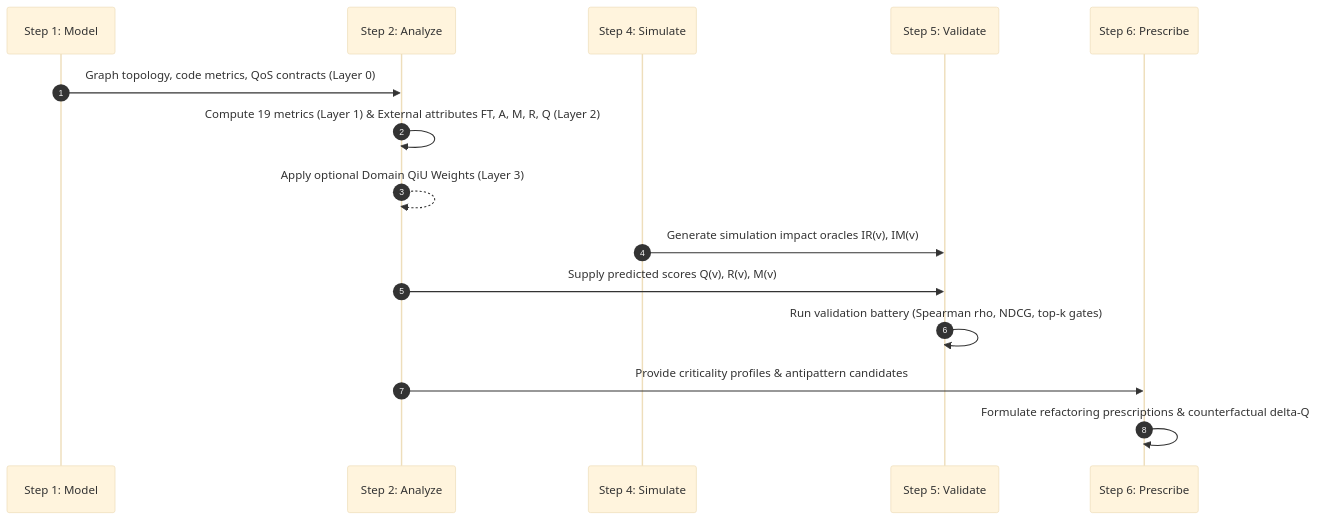
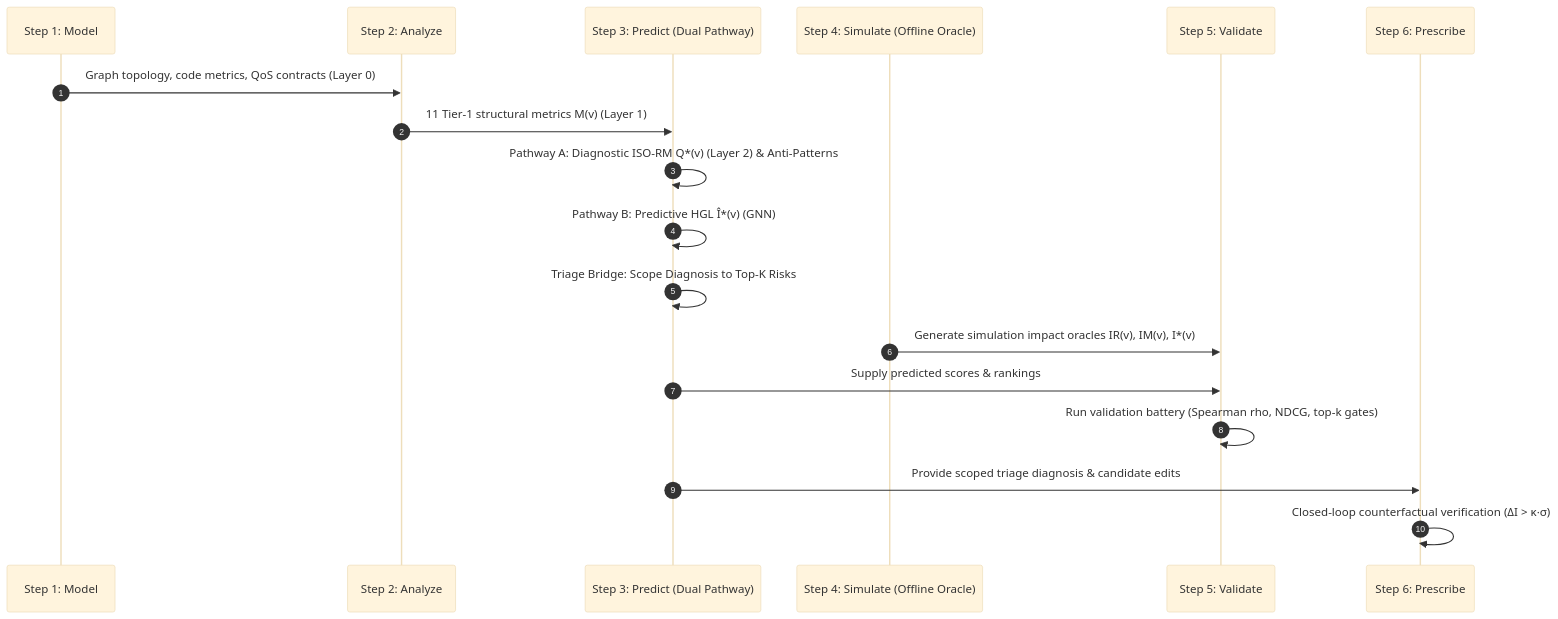
One commit to onuralpyigit/software-as-a-graph changed the fifth of 5 diagrams in docs/quality-model.md. Above: the diagram before and after it, drawn with Mermaid (base theme). The commit also changed other lines of this file and 11 other files, not shown here.

````diff
--- a/docs/quality-model.md
+++ b/docs/quality-model.md
@@ -611,18 +611,21 @@
 ```mermaid
 sequenceDiagram
     autonumber
     participant M as Step 1: Model
     participant A as Step 2: Analyze
-    participant S as Step 4: Simulate
+    participant P as Step 3: Predict (Dual Pathway)
+    participant S as Step 4: Simulate (Offline Oracle)
     participant V as Step 5: Validate
-    participant P as Step 6: Prescribe
+    participant Rx as Step 6: Prescribe
 
     M->>A: Graph topology, code metrics, QoS contracts (Layer 0)
-    A->>A: Compute 19 metrics (Layer 1) & External attributes FT, A, M, R, Q (Layer 2)
-    A-->>A: Apply optional Domain QiU Weights (Layer 3)
-    S->>V: Generate simulation impact oracles IR(v), IM(v)
-    A->>V: Supply predicted scores Q(v), R(v), M(v)
+    A->>P: 11 Tier-1 structural metrics M(v) (Layer 1)
+    P->>P: Pathway A: Diagnostic ISO-RM Q*(v) (Layer 2) & Anti-Patterns
+    P->>P: Pathway B: Predictive HGL Î*(v) (GNN)
+    P->>P: Triage Bridge: Scope Diagnosis to Top-K Risks
+    S->>V: Generate simulation impact oracles IR(v), IM(v), I*(v)
+    P->>V: Supply predicted scores & rankings
     V->>V: Run validation battery (Spearman rho, NDCG, top-k gates)
-    A->>P: Provide criticality profiles & antipattern candidates
-    P->>P: Formulate refactoring prescriptions & counterfactual delta-Q
+    P->>Rx: Provide scoped triage diagnosis & candidate edits
+    Rx->>Rx: Closed-loop counterfactual verification (ΔI > κ·σ)
 ```
````
